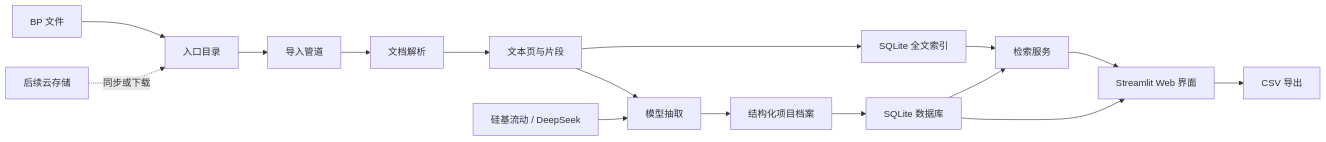
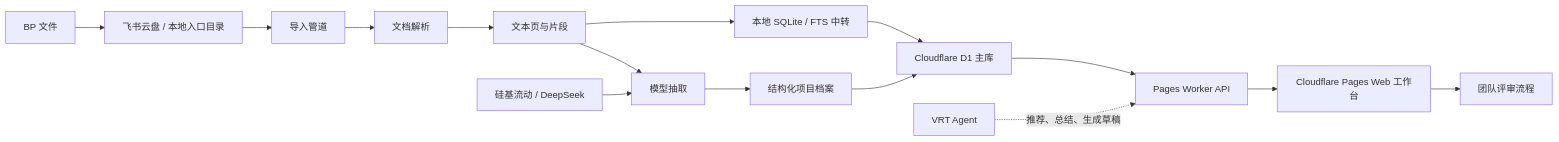
One commit to zfyaryan-wq/bp-screener changed the diagram in README.zh-CN.md. Above: the diagram before and after it, drawn with Mermaid. The commit also changed other lines of this file and 6 other files, not shown here.

Commit message:
Harden architecture baseline

````diff
--- a/README.zh-CN.md
+++ b/README.zh-CN.md
@@ -28,19 +29,18 @@
 ```mermaid
 flowchart LR
-    A[BP 文件] --> B[入口目录]
+    A[BP 文件] --> B[飞书云盘 / 本地入口目录]
     B --> C[导入管道]
     C --> D[文档解析]
     D --> E[文本页与片段]
     E --> F[模型抽取]
-    E --> G[SQLite 全文索引]
+    E --> G[本地 SQLite / FTS 中转]
     F --> H[结构化项目档案]
-    H --> I[SQLite 数据库]
-    G --> J[检索服务]
-    I --> J
-    J --> K[Streamlit Web 界面]
-    I --> K
-    K --> L[CSV 导出]
+    H --> I[Cloudflare D1 主库]
+    G --> I
+    I --> J[Pages Worker API]
+    J --> K[Cloudflare Pages Web 工作台]
+    K --> L[团队评审流程]
 
     M[硅基流动 / DeepSeek] --> F
-    N[后续云存储] -. 同步或下载 .-> B
+    N[VRT Agent] -. 推荐、总结、生成草稿 .-> J
 ```
````
